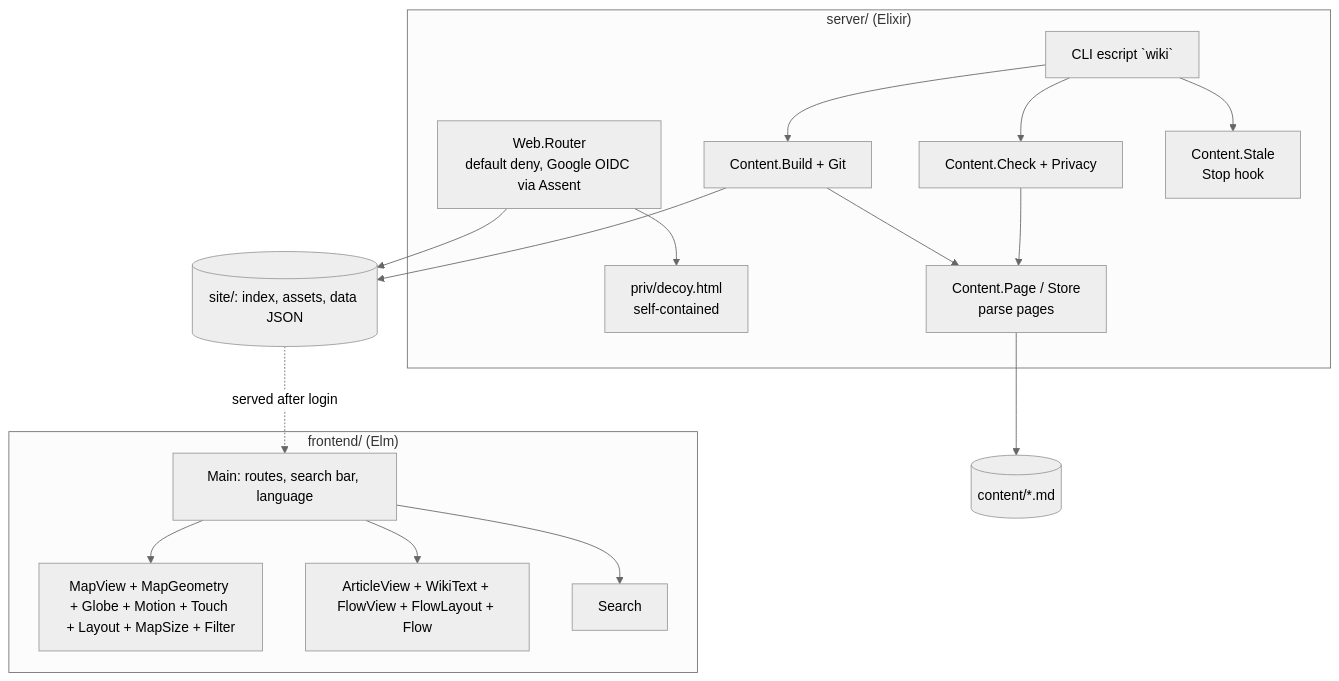
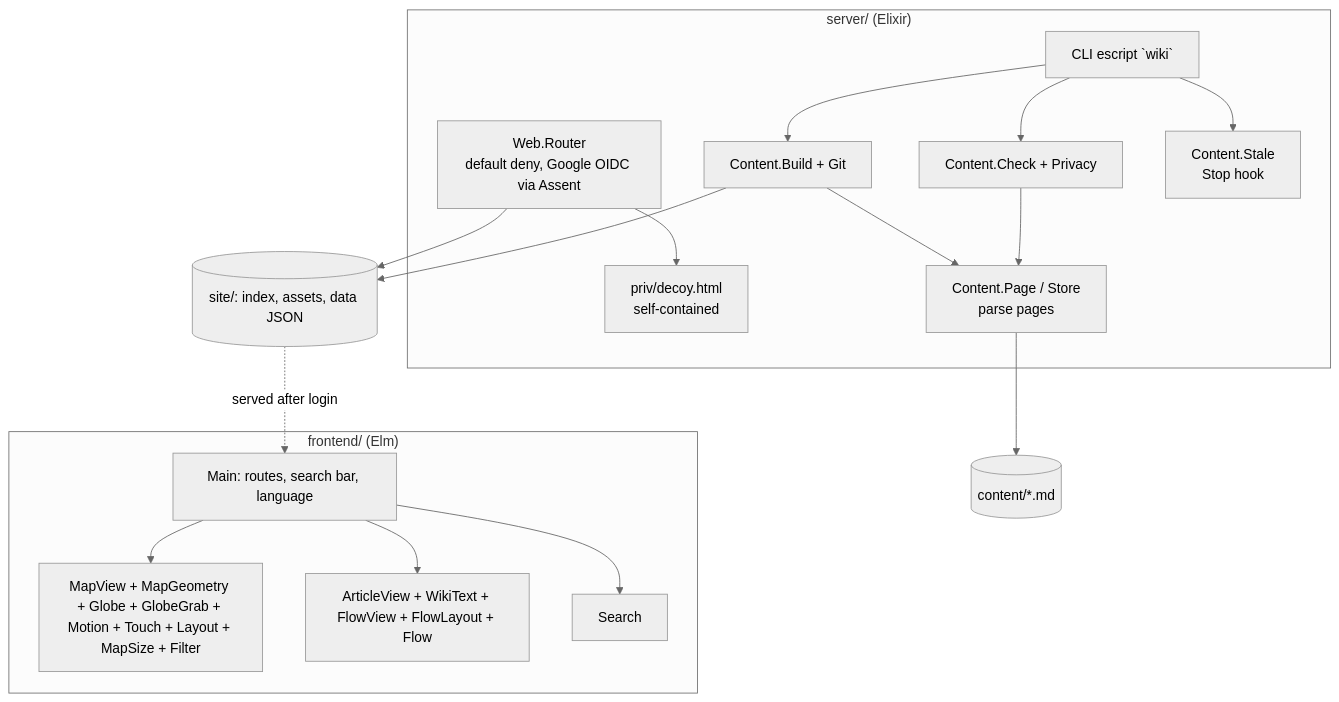
One commit to yujideluca/wiki changed the second of 2 diagrams in DESIGN.md. Above: the diagram before and after it, drawn with Mermaid (neutral theme). The commit also changed 14 other files, not shown here.

First line of the commit message:
map: split Globe into Globe and GlobeGrab to stay under the 800-line file limit (pipeline-check.toml)

````diff
--- a/DESIGN.md
+++ b/DESIGN.md
@@ -39,28 +39,28 @@
 ```mermaid
 flowchart TB
     subgraph server["server/ (Elixir)"]
         router[Web.Router<br/>default deny, Google OIDC via Assent]
         decoy[priv/decoy.html<br/>self-contained]
         content[Content.Page / Store<br/>parse pages]
         check[Content.Check + Privacy]
         build[Content.Build + Git]
         stale[Content.Stale<br/>Stop hook]
         cli[CLI escript `wiki`]
     end
     subgraph frontend["frontend/ (Elm)"]
         main[Main: routes, search bar, language]
-        mapv[MapView + MapGeometry + Globe + Motion + Touch + Layout + MapSize + Filter]
+        mapv[MapView + MapGeometry + Globe + GlobeGrab + Motion + Touch + Layout + MapSize + Filter]
         art[ArticleView + WikiText + FlowView + FlowLayout + Flow]
         search[Search]
     end
     pages[(content/*.md)]
     site[(site/: index, assets, data JSON)]
     cli --> check --> content --> pages
     cli --> build --> content
     build --> site
     cli --> stale
     router --> decoy
     router --> site
     main --> mapv & art & search
     site -. served after login .-> main
 ```
````
